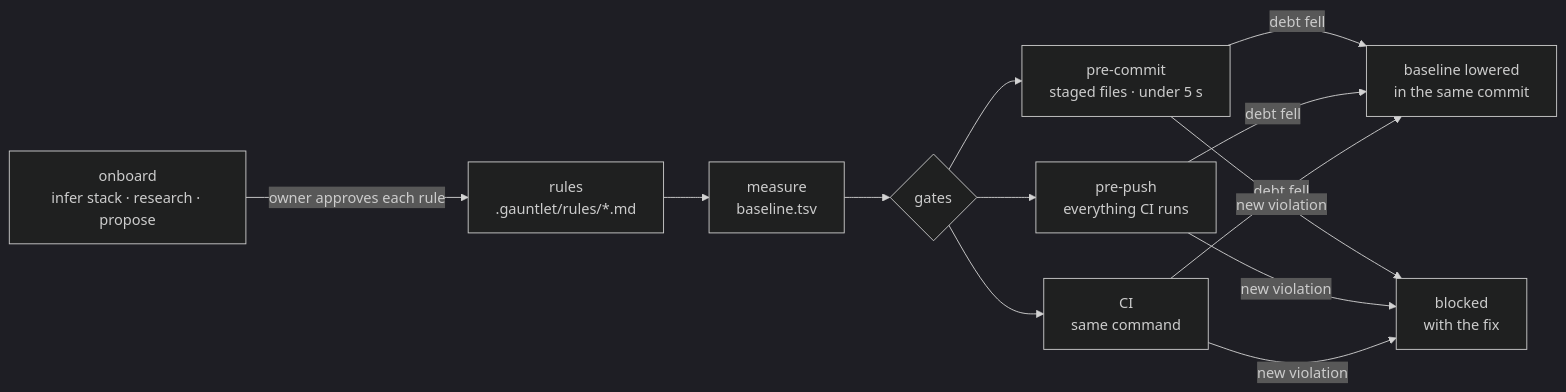
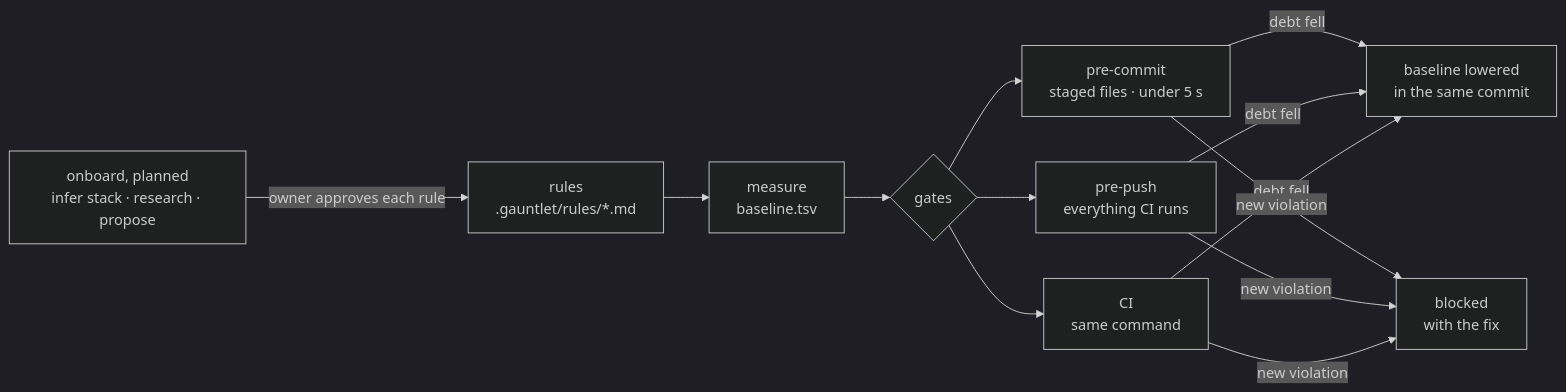
One commit to antonygiomarxdev/gauntlet changed the first of 2 diagrams in README.md. Above: the diagram before and after it, drawn with Mermaid (dark theme). The commit also changed other lines of this file and 14 other files, not shown here.

````diff
--- a/README.md
+++ b/README.md
@@ -54,11 +54,11 @@
 ```mermaid
 flowchart LR
-  A[onboard<br/>infer stack · research · propose] -->|owner approves each rule| B[rules<br/>.gauntlet/rules/*.md]
+  A[onboard, planned<br/>infer stack · research · propose] -->|owner approves each rule| B[rules<br/>.gauntlet/rules/*.md]
   B --> C[measure<br/>baseline.tsv]
   C --> D{gates}
   D --> E[pre-commit<br/>staged files · under 5 s]
   D --> F[pre-push<br/>everything CI runs]
   D --> G[CI<br/>same command]
   E & F & G -->|debt fell| H[baseline lowered<br/>in the same commit]
   E & F & G -->|new violation| I[blocked<br/>with the fix]
 ```
````
